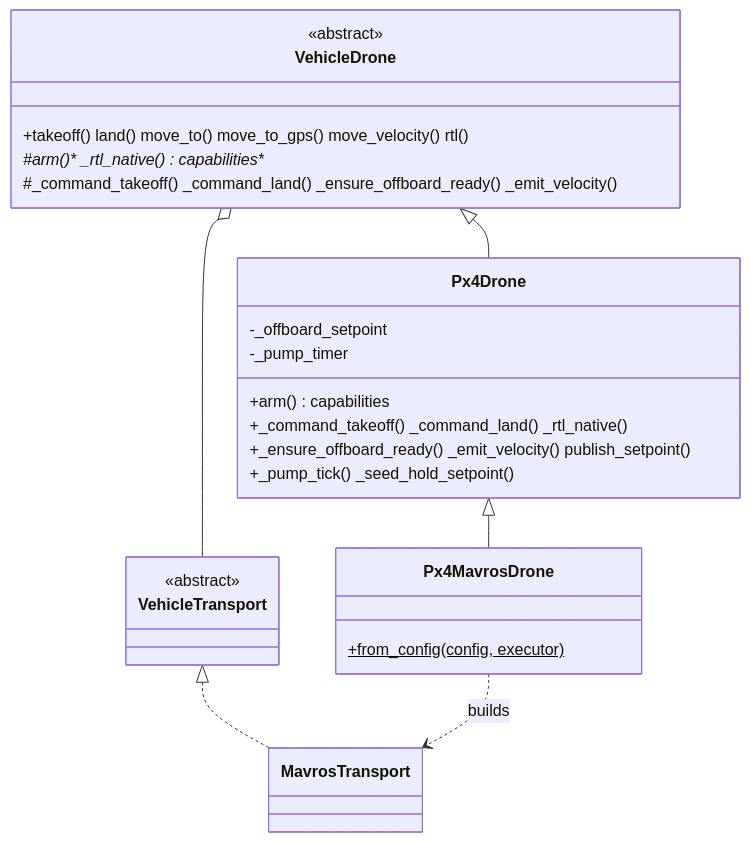
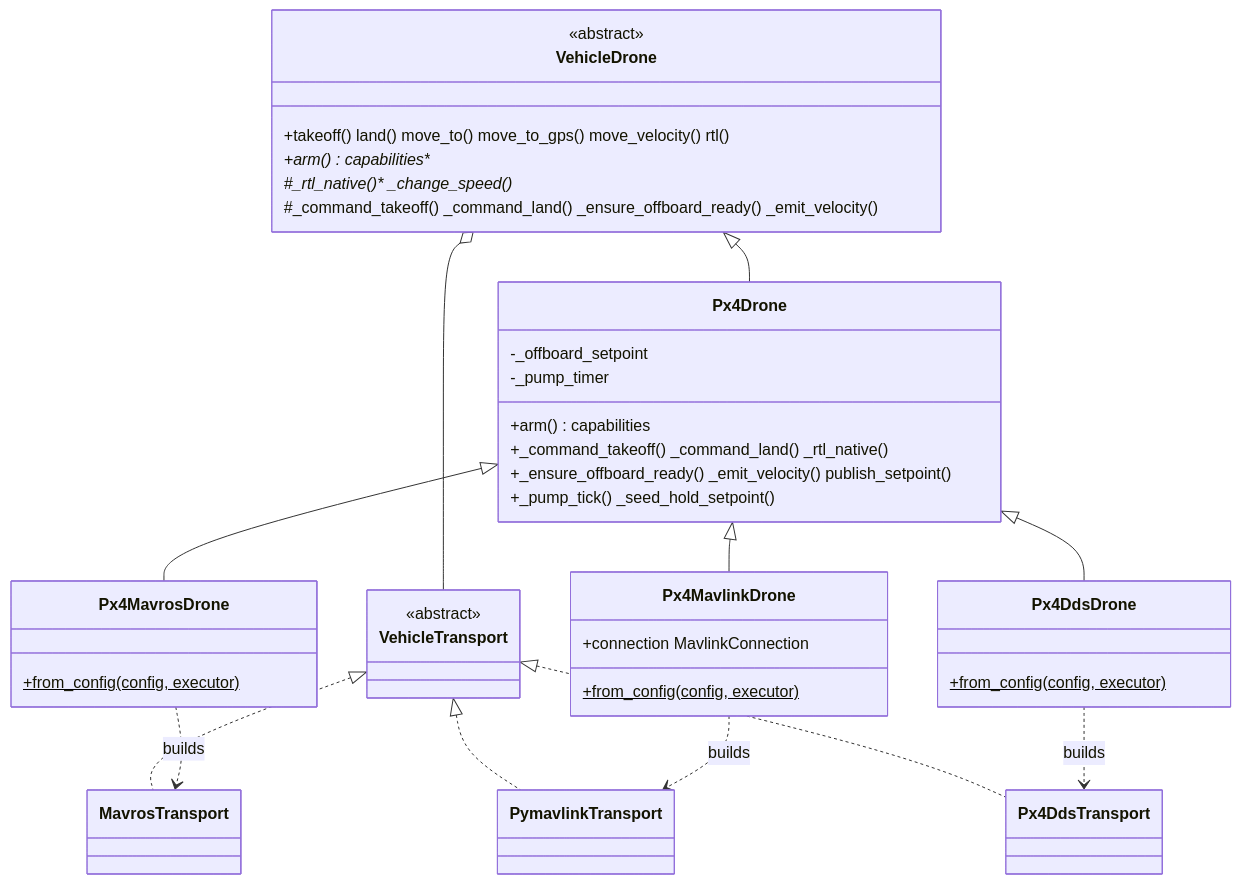
Before and after one commit to Black-Bee-Drones/nectar-sdk: the diagram in nectar/nectar/control/px4/README.md, drawn with Mermaid. The commit also changed 13 other files, not shown here.

Commit message:
docs: sync diagrams and docs

````diff
--- a/nectar/nectar/control/px4/README.md
+++ b/nectar/nectar/control/px4/README.md
@@ -26,30 +26,46 @@
 ```mermaid
 classDiagram
     class VehicleDrone {
         <<abstract>>
         +takeoff() land() move_to() move_to_gps() move_velocity() rtl()
-        #arm()* _rtl_native()* capabilities*
+        +arm()* capabilities*
+        #_rtl_native()* _change_speed()*
         #_command_takeoff() _command_land() _ensure_offboard_ready() _emit_velocity()
     }
     class Px4Drone {
         -_offboard_setpoint
         -_pump_timer
         +arm() capabilities
         +_command_takeoff() _command_land() _rtl_native()
         +_ensure_offboard_ready() _emit_velocity() publish_setpoint()
         +_pump_tick() _seed_hold_setpoint()
     }
     class Px4MavrosDrone {
         +from_config(config, executor)$
     }
+    class Px4MavlinkDrone {
+        +connection MavlinkConnection
+        +from_config(config, executor)$
+    }
+    class Px4DdsDrone {
+        +from_config(config, executor)$
+    }
     class VehicleTransport {
         <<abstract>>
     }
     class MavrosTransport
+    class PymavlinkTransport
+    class Px4DdsTransport
 
     VehicleDrone <|-- Px4Drone
     Px4Drone <|-- Px4MavrosDrone
+    Px4Drone <|-- Px4MavlinkDrone
+    Px4Drone <|-- Px4DdsDrone
     VehicleDrone o-- VehicleTransport
     VehicleTransport <|.. MavrosTransport
+    VehicleTransport <|.. PymavlinkTransport
+    VehicleTransport <|.. Px4DdsTransport
     Px4MavrosDrone ..> MavrosTransport : builds
+    Px4MavlinkDrone ..> PymavlinkTransport : builds
+    Px4DdsDrone ..> Px4DdsTransport : builds
 ```
````
